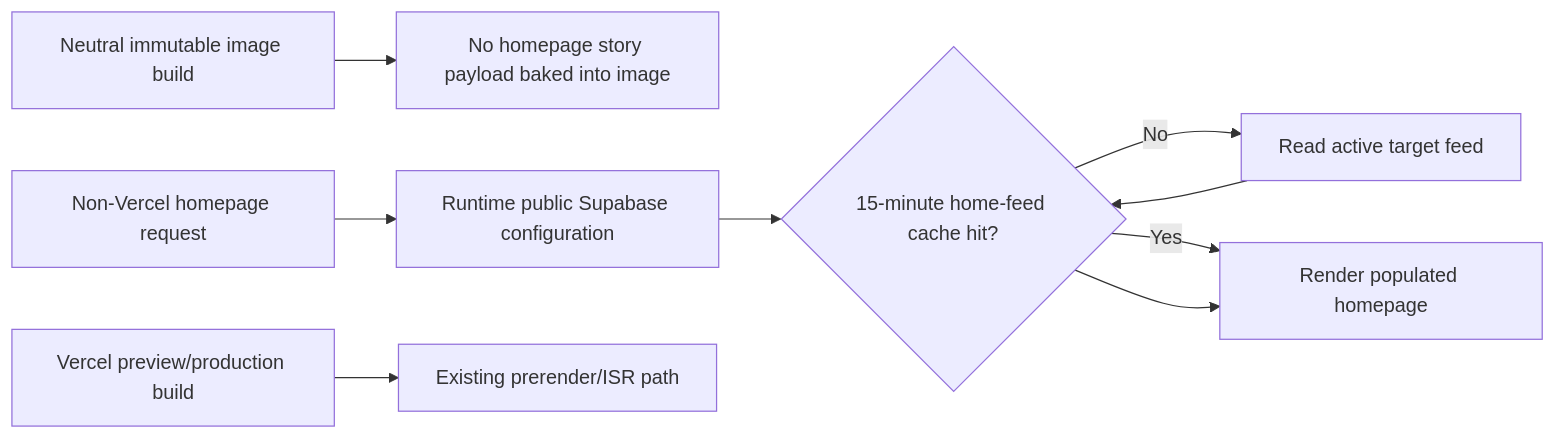
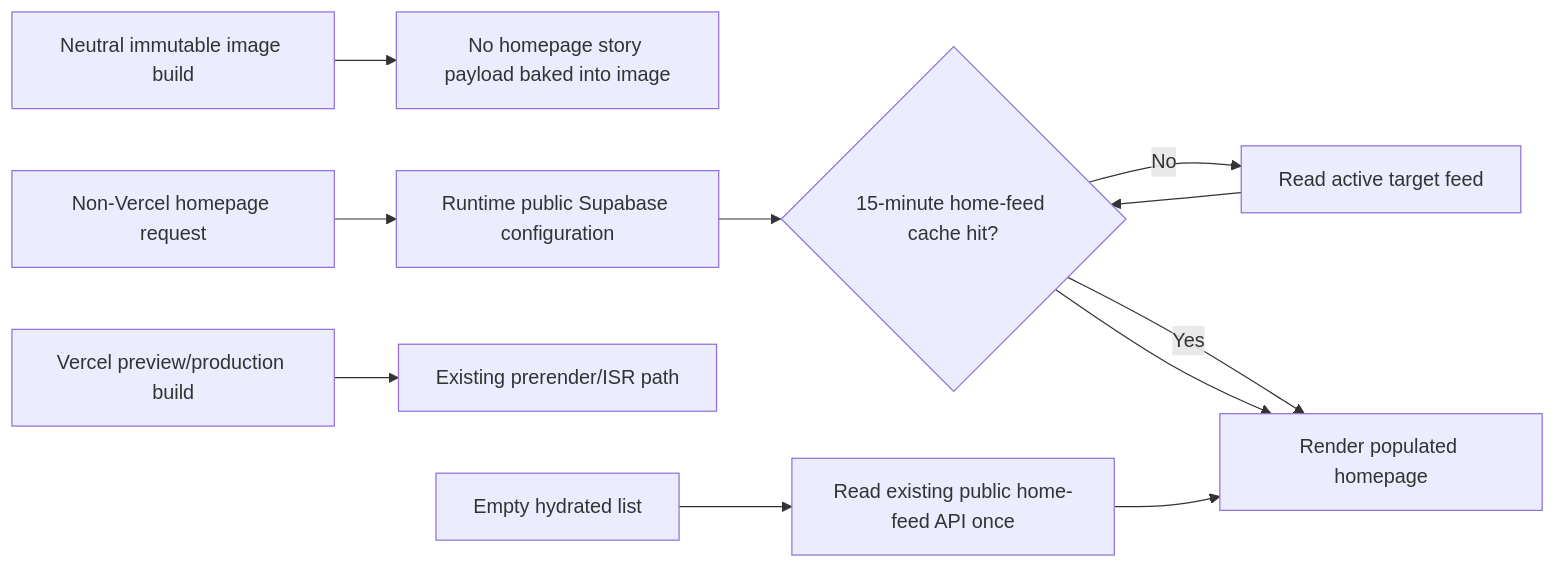
Before and after one commit to ramideltoro/nutsnews-docs: the third of 3 diagrams in NUTSNEWS_DUAL_TARGET_WEB_DEPLOYMENT.md, drawn with Mermaid. The commit also changed other lines of this file, not shown here.

Commit message:
Document empty homepage recovery

````diff
--- a/NUTSNEWS_DUAL_TARGET_WEB_DEPLOYMENT.md
+++ b/NUTSNEWS_DUAL_TARGET_WEB_DEPLOYMENT.md
@@ -236,11 +242,13 @@
 ```mermaid
 flowchart LR
   build["Neutral immutable image build"] --> shell["No homepage story payload baked into image"]
   request["Non-Vercel homepage request"] --> runtime["Runtime public Supabase configuration"]
   vercel["Vercel preview/production build"] --> vercelISR["Existing prerender/ISR path"]
   runtime --> cache{"15-minute home-feed cache hit?"}
   cache -- No --> feed["Read active target feed"]
   feed --> cache
   cache -- Yes --> page["Render populated homepage"]
   cache --> page
+  empty["Empty hydrated list"] --> clientRead["Read existing public home-feed API once"]
+  clientRead --> page
 ```
````
